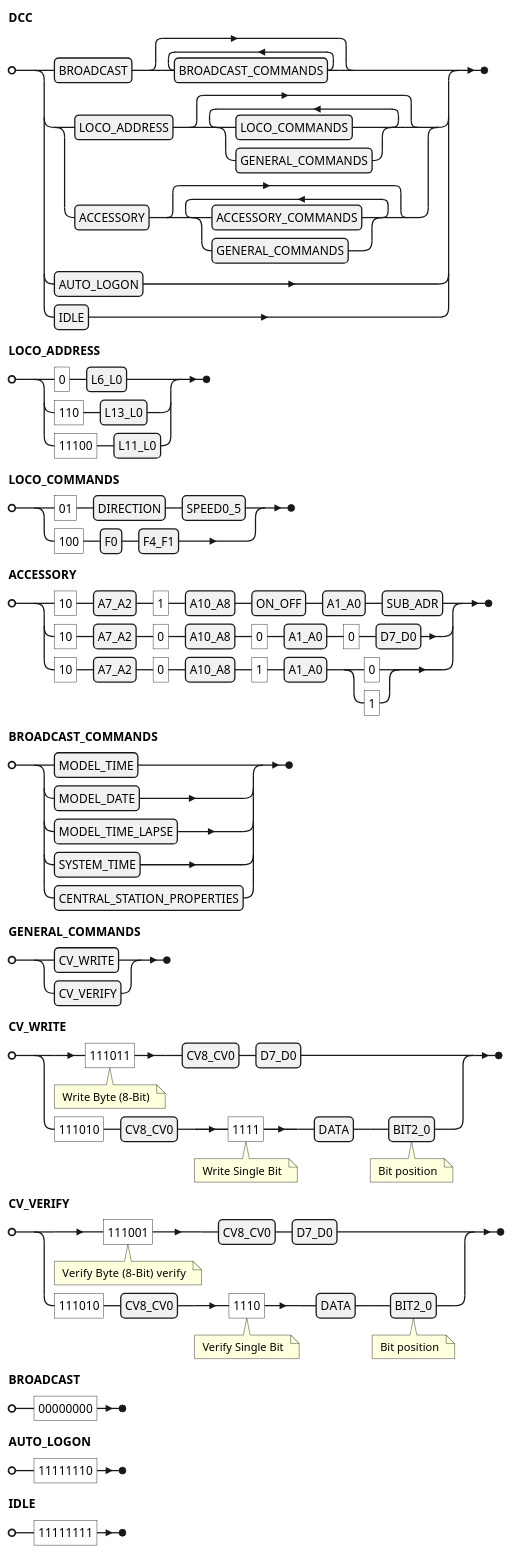
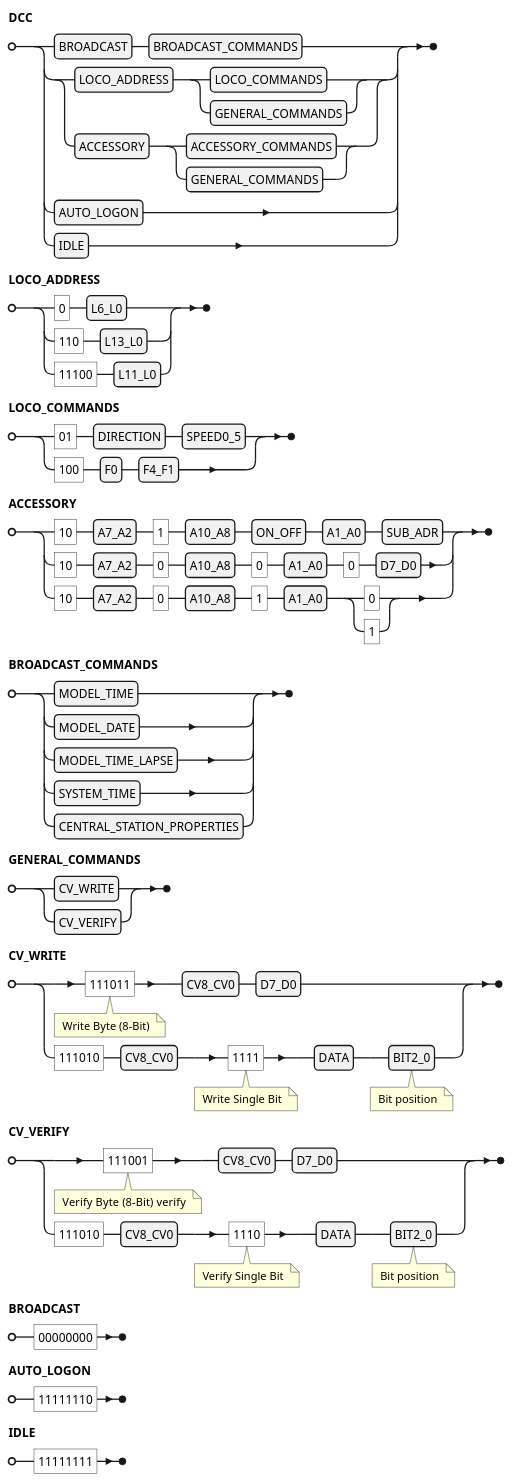
Before and after one commit to xDuinoRails/dcc-wireshark: the diagram in dcc.puml, drawn with PlantUML.

```diff
--- a/dcc.puml
+++ b/dcc.puml
@@ -1,49 +1,49 @@
 @startebnf
 
-DCC = BROADCAST,  { BROADCAST_COMMANDS }
-    | (LOCO_ADDRESS, { LOCO_COMMANDS | GENERAL_COMMANDS }
-    | ACCESSORY,  { ACCESSORY_COMMANDS | GENERAL_COMMANDS } )
+DCC = BROADCAST,  BROADCAST_COMMANDS
+    | (LOCO_ADDRESS, ( LOCO_COMMANDS | GENERAL_COMMANDS )
+    | ACCESSORY,  ( ACCESSORY_COMMANDS | GENERAL_COMMANDS ) )
     | AUTO_LOGON
     | IDLE
 ;
 
 LOCO_ADDRESS =      "0", L6_L0
              |    "110", L13_L0
              |  "11100", L11_L0
 ;
 
 LOCO_COMMANDS = ( "01", DIRECTION, SPEED0_5 )
               | ( "100", F0, F4_F1 )
 ;
 
 ACCESSORY = "10", A7_A2, "1", A10_A8, ON_OFF, A1_A0, SUB_ADR
           | "10", A7_A2, "0", A10_A8, "0", A1_A0, "0", D7_D0
           | "10", A7_A2, "0", A10_A8, "1", A1_A0, ("0"|"1")
 ;
 
 BROADCAST_COMMANDS =  MODEL_TIME | MODEL_DATE | MODEL_TIME_LAPSE
                    | SYSTEM_TIME
                    | CENTRAL_STATION_PROPERTIES
 ;
 
 GENERAL_COMMANDS = CV_WRITE | CV_VERIFY
 ;
 
 CV_WRITE = "111011" (* Write Byte (8-Bit) *), CV8_CV0, D7_D0
          | "111010", CV8_CV0, "1111"  (* Write Single Bit *), DATA, BIT2_0 (* Bit position *)
 ;
 
 CV_VERIFY = "111001" (* Verify Byte  (8-Bit) verify *), CV8_CV0, D7_D0
           | "111010", CV8_CV0, "1110"  (* Verify Single Bit *), DATA, BIT2_0 (* Bit position *)
 ;
 
 BROADCAST  = "00000000"
 ;
 
 AUTO_LOGON = "11111110"
 ;
 
 IDLE       = "11111111"
 ;
 
 @endebnf
```
